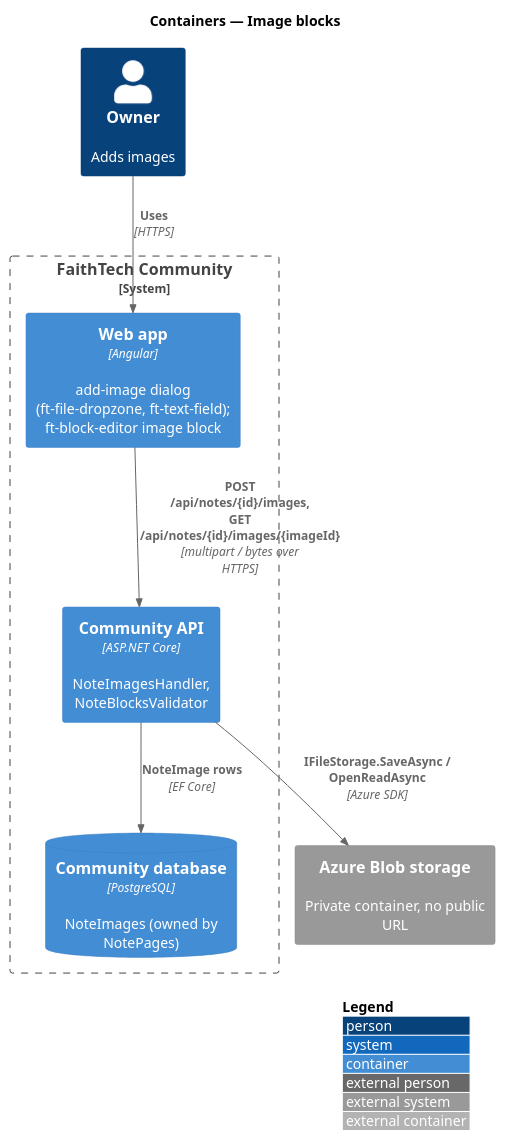
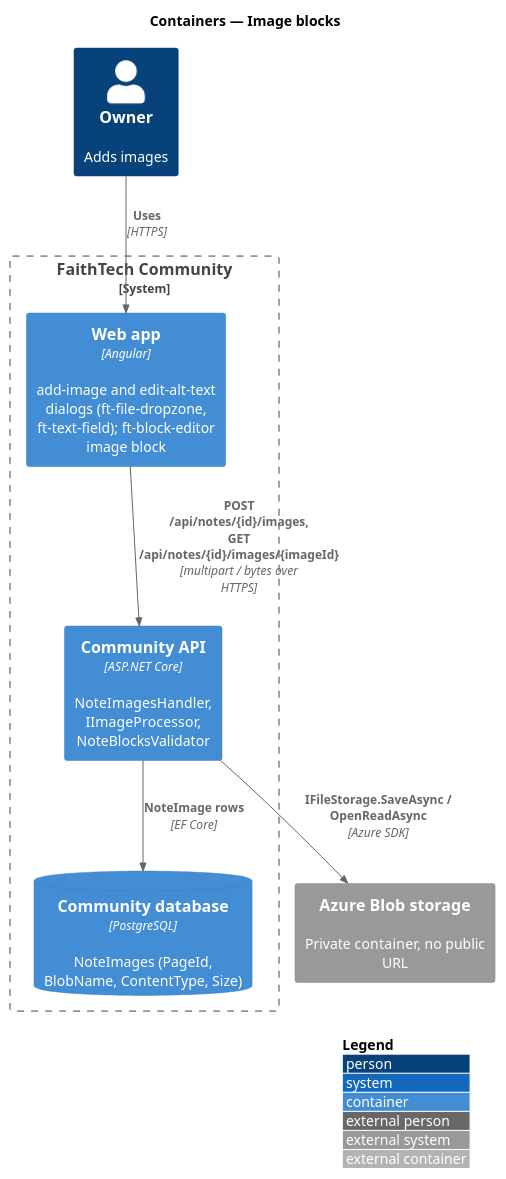
Before and after one commit to QuinntyneBrown/faithtech-community: the diagram in docs/detailed-designs/notes/images/diagrams/c4-container.puml, drawn with PlantUML. The commit also changed 230 other files, not shown here.

```diff
--- a/docs/detailed-designs/notes/images/diagrams/c4-container.puml
+++ b/docs/detailed-designs/notes/images/diagrams/c4-container.puml
@@ -1,16 +1,16 @@
 @startuml
 !include <C4/C4_Container>
 LAYOUT_WITH_LEGEND()
 title Containers — Image blocks
 Person(owner, "Owner", "Adds images")
 System_Boundary(community, "FaithTech Community") {
-  Container(web, "Web app", "Angular", "add-image dialog (ft-file-dropzone, ft-text-field); ft-block-editor image block")
-  Container(api, "Community API", "ASP.NET Core", "NoteImagesHandler, NoteBlocksValidator")
-  ContainerDb(db, "Community database", "PostgreSQL", "NoteImages (owned by NotePages)")
+  Container(web, "Web app", "Angular", "add-image and edit-alt-text dialogs (ft-file-dropzone, ft-text-field); ft-block-editor image block")
+  Container(api, "Community API", "ASP.NET Core", "NoteImagesHandler, IImageProcessor, NoteBlocksValidator")
+  ContainerDb(db, "Community database", "PostgreSQL", "NoteImages (PageId, BlobName, ContentType, Size)")
 }
 System_Ext(blob, "Azure Blob storage", "Private container, no public URL")
 Rel(owner, web, "Uses", "HTTPS")
 Rel(web, api, "POST /api/notes/{id}/images, GET /api/notes/{id}/images/{imageId}", "multipart / bytes over HTTPS")
 Rel(api, db, "NoteImage rows", "EF Core")
 Rel(api, blob, "IFileStorage.SaveAsync / OpenReadAsync", "Azure SDK")
 @enduml
```
